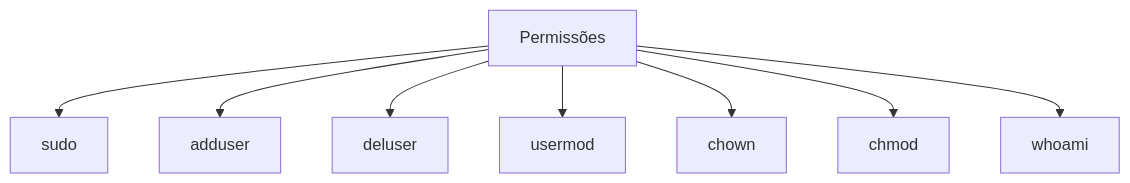
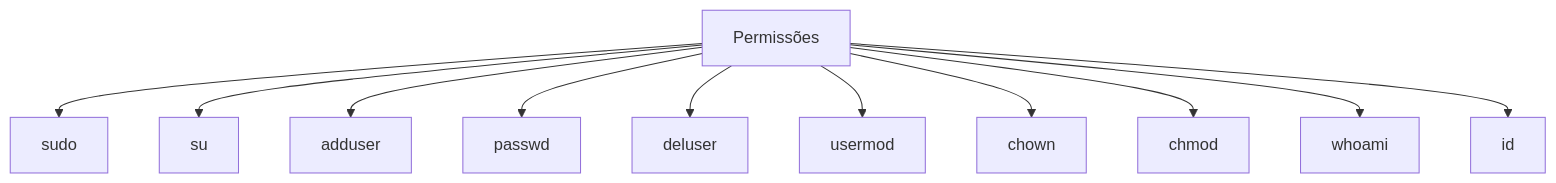
Before and after one commit to jppreti/documents: the fourth of 8 diagrams in linux/ComandosBasicos.md, drawn with Mermaid. The commit also changed other lines of this file, not shown here.

Commit message:
feat: adicionados novos comandos básicos do linux

````diff
--- a/linux/ComandosBasicos.md
+++ b/linux/ComandosBasicos.md
@@ -281,17 +315,23 @@
 ```mermaid
 flowchart TD
     Permissões-->sudo
+    Permissões-->su
     Permissões-->adduser
+    Permissões-->passwd
     Permissões-->deluser
     Permissões-->usermod
     Permissões-->chown
     Permissões-->chmod
     Permissões-->whoami
+    Permissões-->id
     click sudo "https://github.com/jppreti/documents/blob/main/linux/ComandosBasicos.md#sudo"
+    click su "https://github.com/jppreti/documents/blob/main/linux/ComandosBasicos.md#su"
     click adduser "https://github.com/jppreti/documents/blob/main/linux/ComandosBasicos.md#adduser"
+    click passwd "https://github.com/jppreti/documents/blob/main/linux/ComandosBasicos.md#passwd"
     click deluser "https://github.com/jppreti/documents/blob/main/linux/ComandosBasicos.md#deluser"
     click usermod "https://github.com/jppreti/documents/blob/main/linux/ComandosBasicos.md#usermod"
     click chmod "https://github.com/jppreti/documents/blob/main/linux/ComandosBasicos.md#chmod"
     click chown "https://github.com/jppreti/documents/blob/main/linux/ComandosBasicos.md#chown"
     click whoami "https://github.com/jppreti/documents/blob/main/linux/ComandosBasicos.md#whoami"
+    click id "https://github.com/jppreti/documents/blob/main/linux/ComandosBasicos.md#id"
 ```
````
